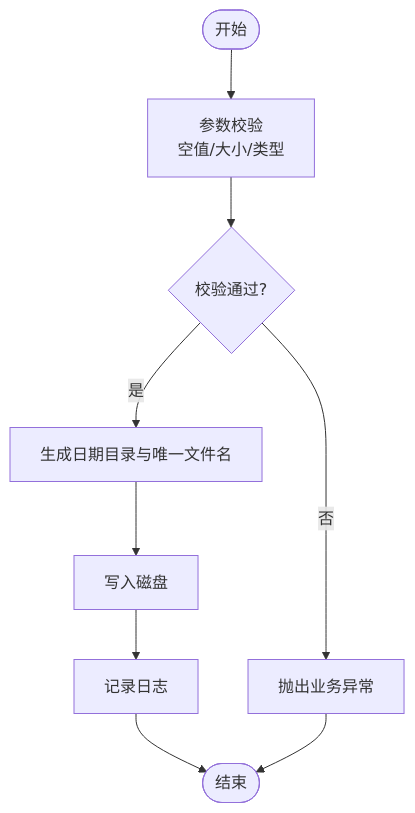
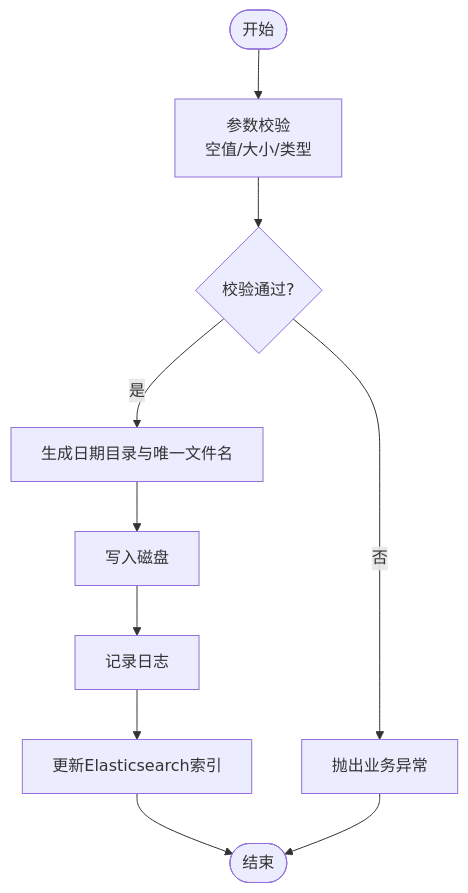
The sixth of 8 diagrams in .qoder/repowiki/zh/content/系统架构/整体架构设计.md (20164206160/zhishilu), drawn with Mermaid before and after one commit. The commit also changed other lines of this file and 28 other files, not shown here.

````diff
--- a/.qoder/repowiki/zh/content/系统架构/整体架构设计.md
+++ b/.qoder/repowiki/zh/content/系统架构/整体架构设计.md
@@ -259,11 +351,12 @@
 ```mermaid
 flowchart TD
 Start(["开始"]) --> Validate["参数校验<br/>空值/大小/类型"]
 Validate --> Valid{"校验通过?"}
 Valid --> |否| Err["抛出业务异常"]
 Valid --> |是| BuildPath["生成日期目录与唯一文件名"]
 BuildPath --> Save["写入磁盘"]
 Save --> Log["记录日志"]
-Log --> Done(["结束"])
+Log --> ESIndex["更新Elasticsearch索引"]
+ESIndex --> Done(["结束"])
 Err --> Done
 ```
````
